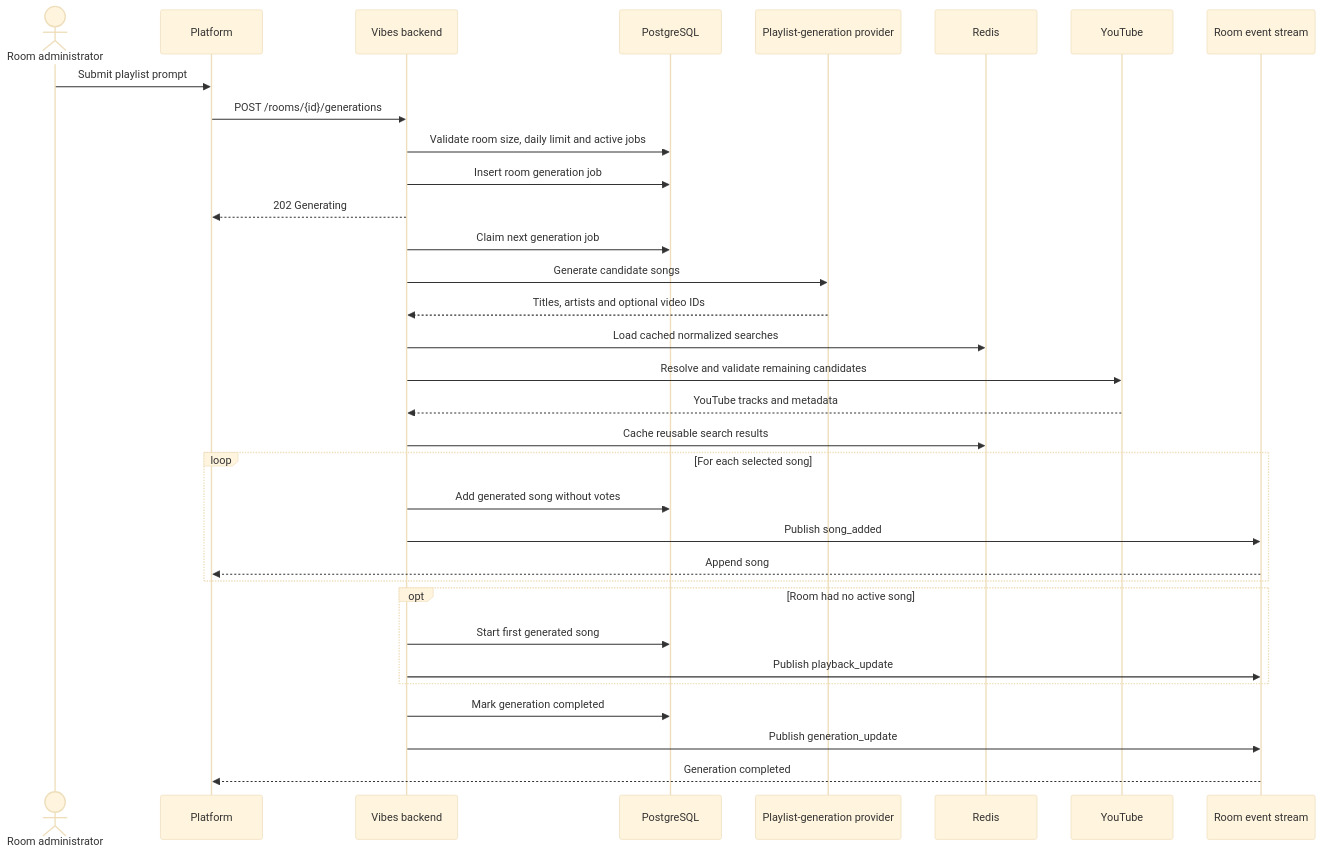
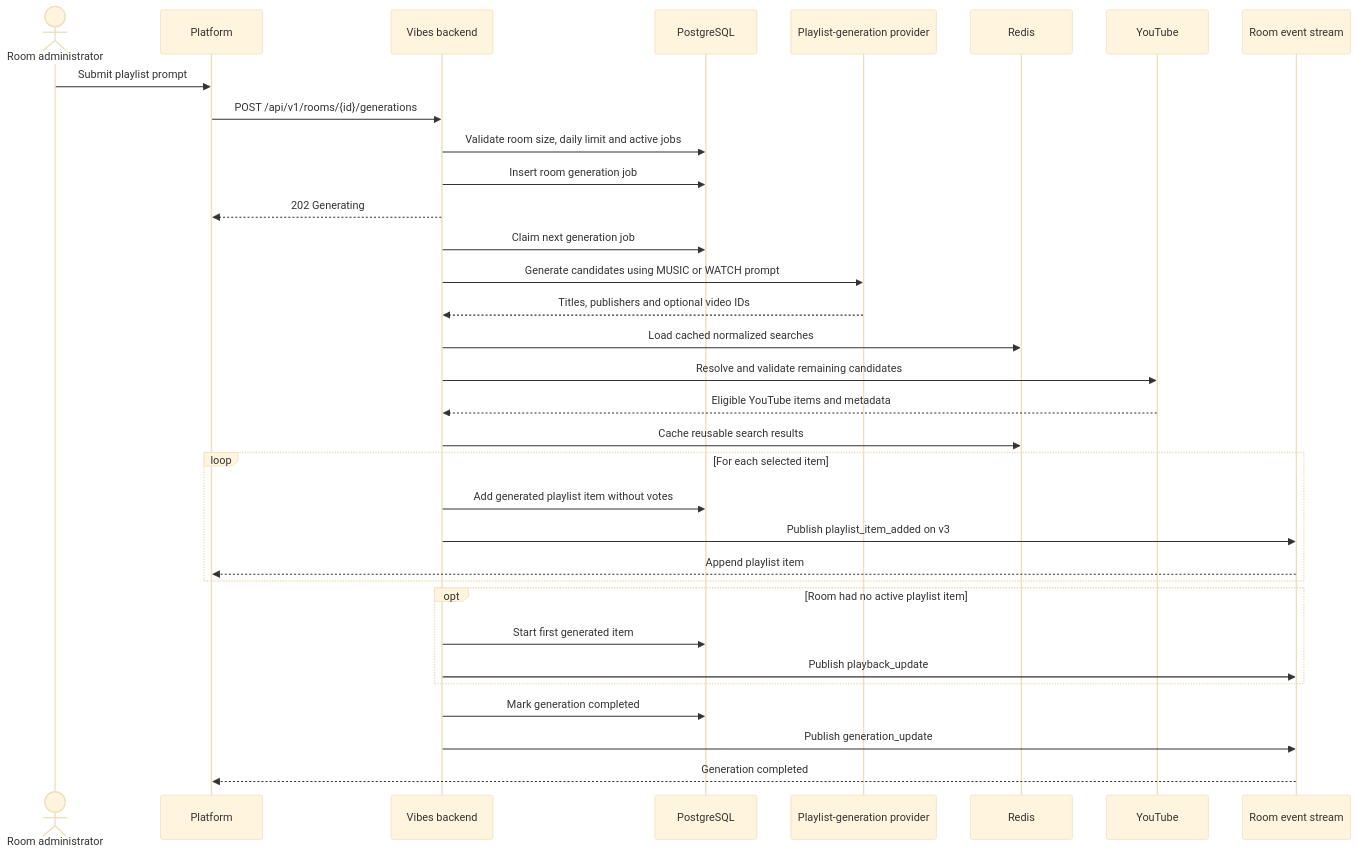
One commit to zoff-music/vibes-backend changed the first of 2 diagrams in docs/flows/generation.md. Above: the diagram before and after it, drawn with Mermaid (base theme). The commit also changed other lines of this file and 69 other files, not shown here.

````diff
--- a/docs/flows/generation.md
+++ b/docs/flows/generation.md
@@ -8,40 +11,40 @@
 ```mermaid
 sequenceDiagram
     actor Admin as Room administrator
     participant Platform
     participant API as Vibes backend
     participant DB as PostgreSQL
     participant AI as Playlist-generation provider
     participant Cache as Redis
     participant YouTube
     participant Events as Room event stream
 
     Admin->>Platform: Submit playlist prompt
-    Platform->>API: POST /rooms/{id}/generations
+    Platform->>API: POST /api/v1/rooms/{id}/generations
     API->>DB: Validate room size, daily limit and active jobs
     API->>DB: Insert room generation job
     API-->>Platform: 202 Generating
 
     API->>DB: Claim next generation job
-    API->>AI: Generate candidate songs
-    AI-->>API: Titles, artists and optional video IDs
+    API->>AI: Generate candidates using MUSIC or WATCH prompt
+    AI-->>API: Titles, publishers and optional video IDs
     API->>Cache: Load cached normalized searches
     API->>YouTube: Resolve and validate remaining candidates
-    YouTube-->>API: YouTube tracks and metadata
+    YouTube-->>API: Eligible YouTube items and metadata
     API->>Cache: Cache reusable search results
 
-    loop For each selected song
-        API->>DB: Add generated song without votes
-        API->>Events: Publish song_added
-        Events-->>Platform: Append song
+    loop For each selected item
+        API->>DB: Add generated playlist item without votes
+        API->>Events: Publish playlist_item_added on v3
+        Events-->>Platform: Append playlist item
     end
 
-    opt Room had no active song
-        API->>DB: Start first generated song
+    opt Room had no active playlist item
+        API->>DB: Start first generated item
         API->>Events: Publish playback_update
     end
 
     API->>DB: Mark generation completed
     API->>Events: Publish generation_update
     Events-->>Platform: Generation completed
 ```
````
